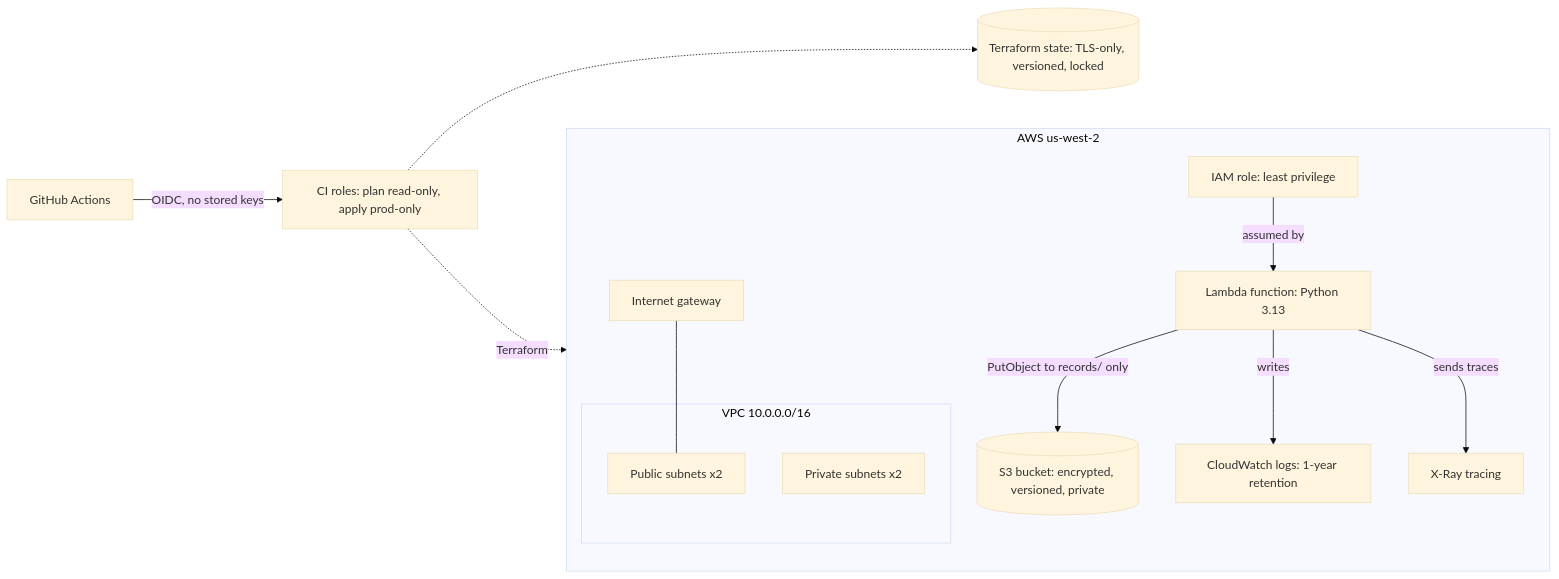
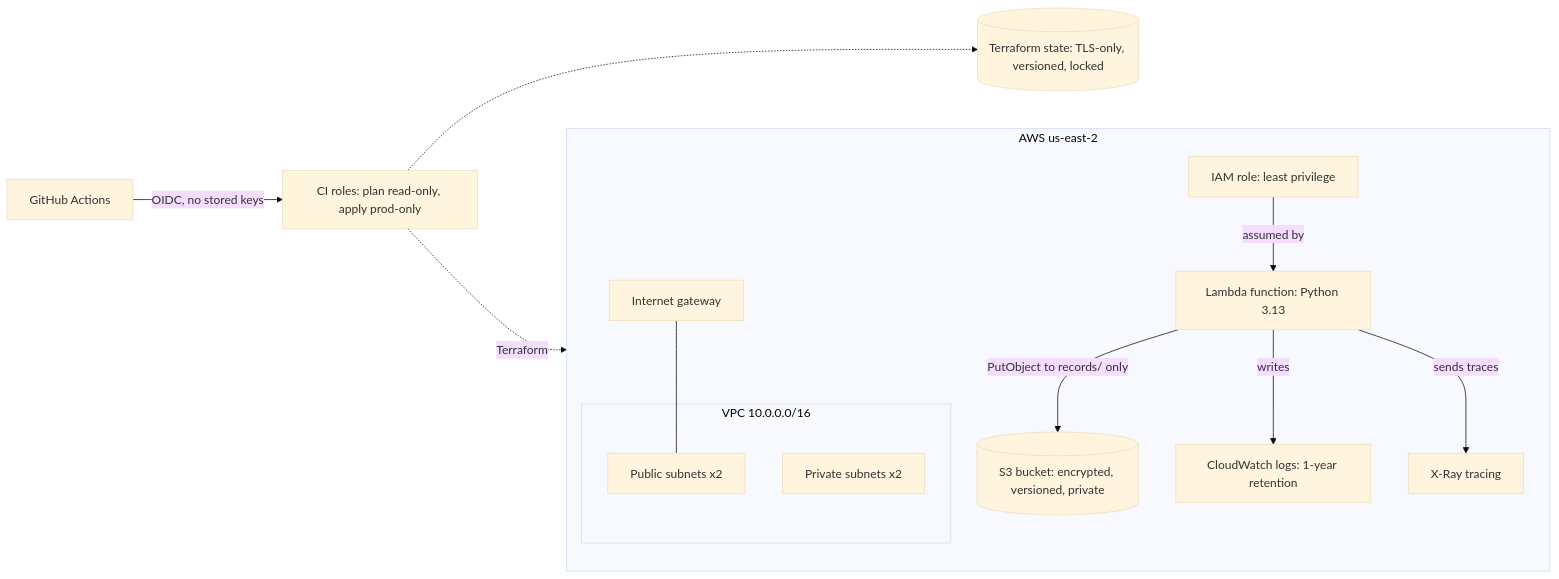
The diagram in README.md (Harley305/devsecops-lab), drawn with Mermaid (base theme) before and after one commit. The commit also changed other lines of this file and 5 other files, not shown here.

First line of the commit message:
Adapt lab to AWS Builder ID account: us-east-2, optional GitHub OIDC (#7)

````diff
--- a/README.md
+++ b/README.md
@@ -9,23 +9,23 @@
 ```mermaid
 flowchart LR
-  subgraph aws["AWS us-west-2"]
+  subgraph aws["AWS us-east-2"]
     subgraph vpc["VPC 10.0.0.0/16"]
       pub["Public subnets x2"]
       priv["Private subnets x2"]
     end
     igw["Internet gateway"] --- pub
     role["IAM role: least privilege"]
     fn["Lambda function: Python 3.13"]
     s3[("S3 bucket: encrypted, versioned, private")]
     logs["CloudWatch logs: 1-year retention"]
     xray["X-Ray tracing"]
   end
   gha["GitHub Actions"] -->|"OIDC, no stored keys"| ci["CI roles: plan read-only, apply prod-only"]
   ci -.->|"Terraform"| aws
   state[("Terraform state: TLS-only, versioned, locked")]
   ci -.-> state
   role -->|"assumed by"| fn
   fn -->|"PutObject to records/ only"| s3
   fn -->|"writes"| logs
   fn -->|"sends traces"| xray
 ```
````
